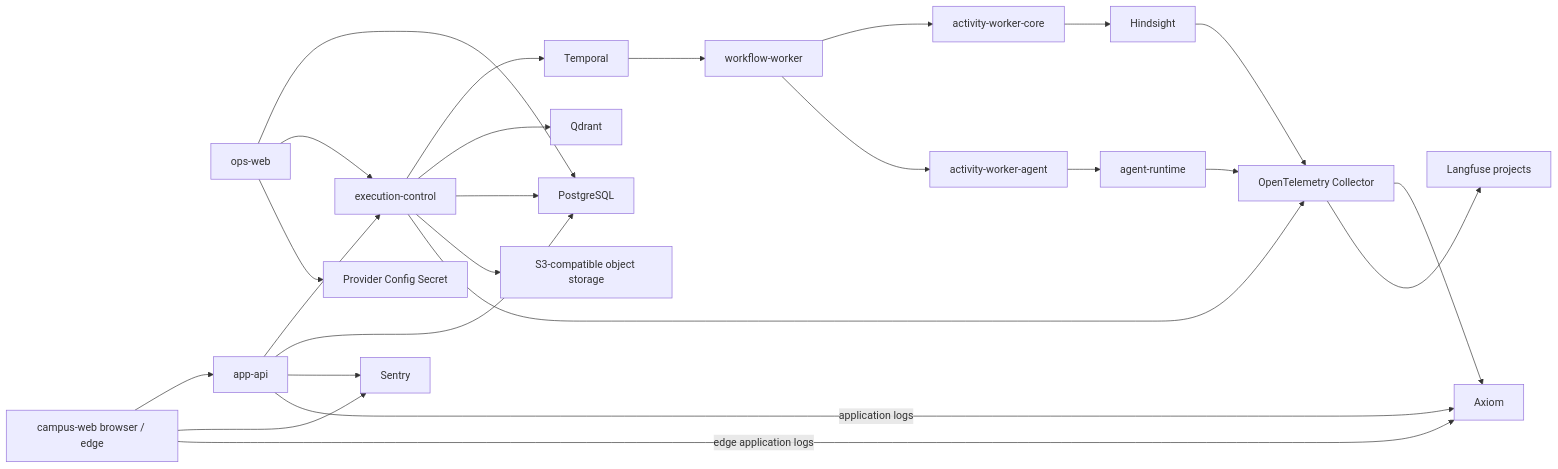
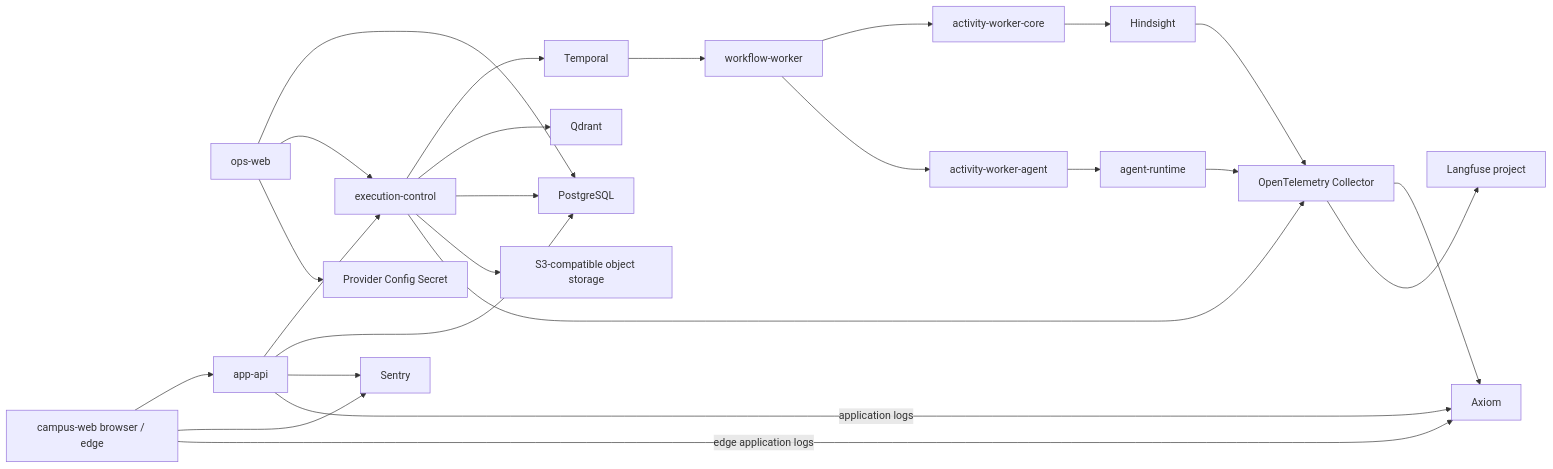
One commit to Luxfeier22331/campus-agent-main changed the diagram in docs/architecture/current.md. Above: the diagram before and after it, drawn with Mermaid. The commit also changed other lines of this file and 44 other files, not shown here.

````diff
--- a/docs/architecture/current.md
+++ b/docs/architecture/current.md
@@ -23,45 +23,45 @@
 ```mermaid
 flowchart LR
   CampusWeb["campus-web browser / edge"]
   Ops["ops-web"]
   AppAPI["app-api"]
   Control["execution-control"]
   Temporal["Temporal"]
   Workflow["workflow-worker"]
   Core["activity-worker-core"]
   AgentWorker["activity-worker-agent"]
   Agent["agent-runtime"]
   Memory["Hindsight"]
   Qdrant["Qdrant"]
   PG["PostgreSQL"]
   ObjectStore["S3-compatible object storage"]
   OTel["OpenTelemetry Collector"]
   Axiom["Axiom"]
   Sentry["Sentry"]
-  Langfuse["Langfuse projects"]
+  Langfuse["Langfuse project"]
 
   CampusWeb --> AppAPI
   AppAPI --> Control
   Control --> Temporal
   Temporal --> Workflow
   Workflow --> Core
   Workflow --> AgentWorker
   AgentWorker --> Agent
   Core --> Memory
   Control --> Qdrant
   AppAPI --> PG
   Control --> PG
   Control --> ObjectStore
   Control --> OTel
   Agent --> OTel
   Memory --> OTel
   OTel --> Axiom
   OTel --> Langfuse
   CampusWeb --> Sentry
   AppAPI --> Sentry
   CampusWeb -->|edge application logs| Axiom
   AppAPI -->|application logs| Axiom
   Ops --> PG
   Ops --> Control
   Ops --> ProviderSecret["Provider Config Secret"]
 ```
````
